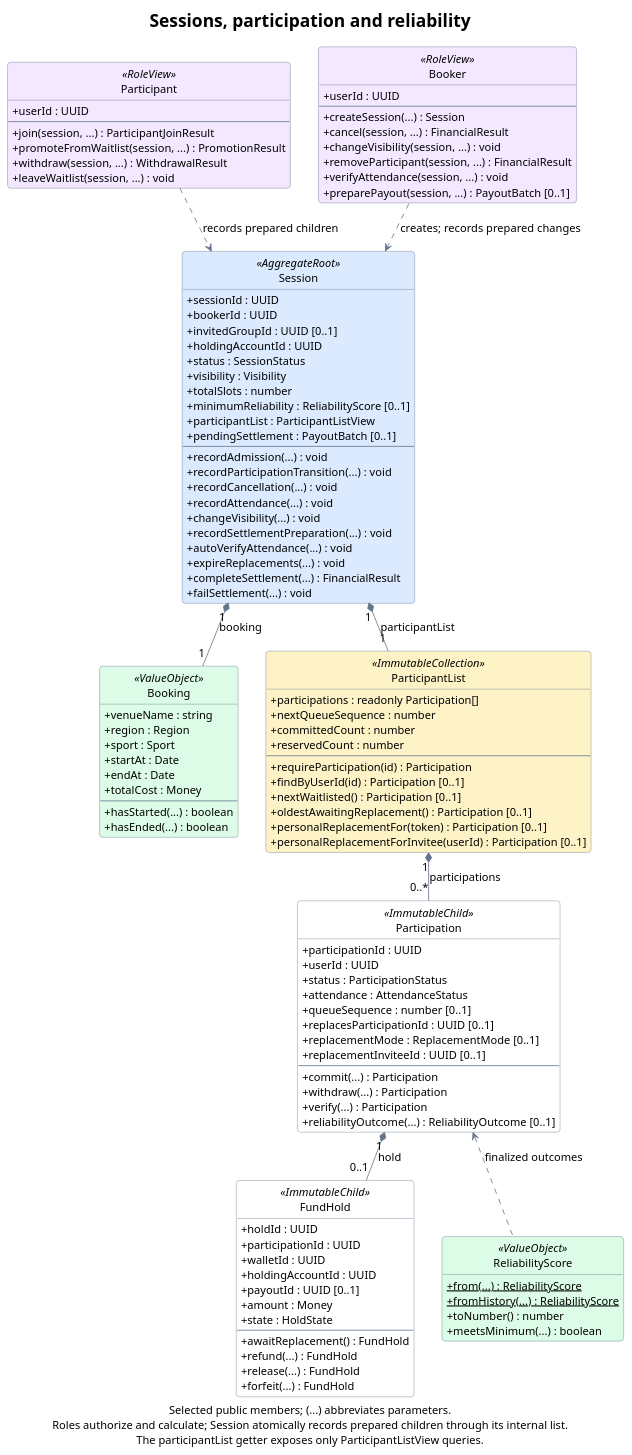
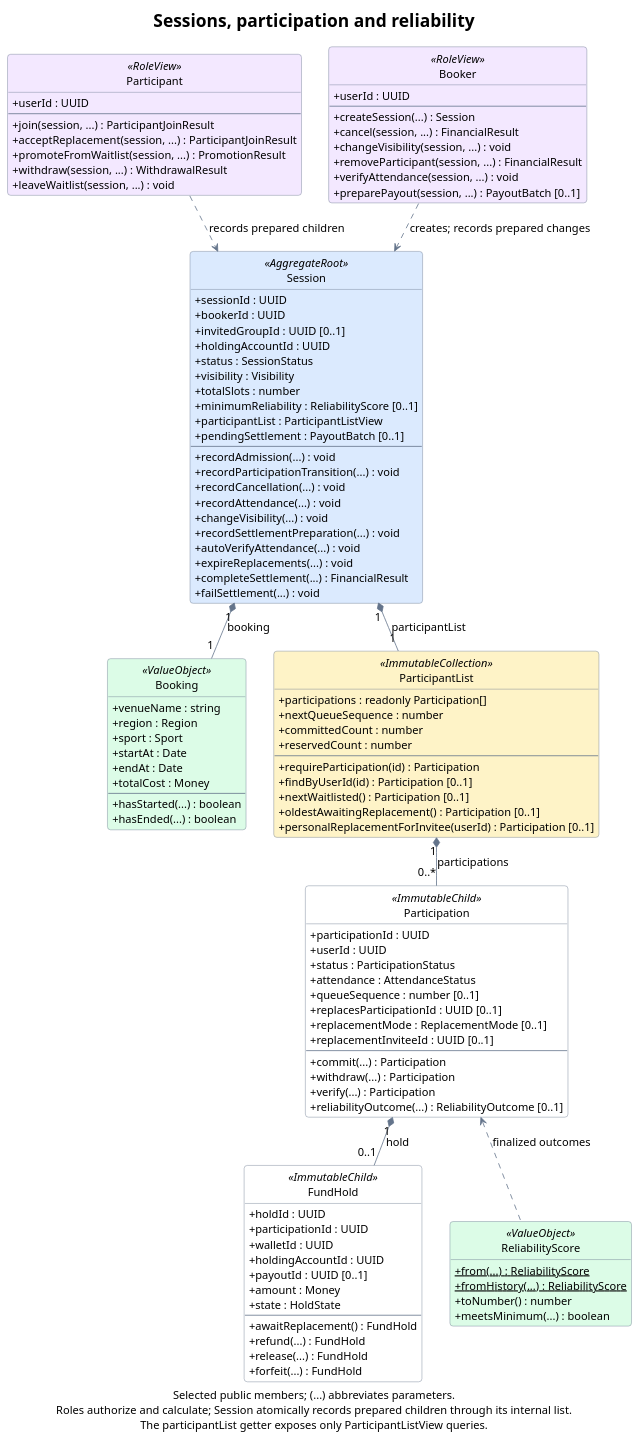
The diagram in docs/diagrams/domain-sessions.puml (rbrishi15/booking-web-manager), drawn with PlantUML before and after one commit. The commit also changed 29 other files, not shown here.

```diff
--- a/docs/diagrams/domain-sessions.puml
+++ b/docs/diagrams/domain-sessions.puml
@@ -1,144 +1,144 @@
 @startuml domain-sessions
 title Sessions, participation and reliability
 
 top to bottom direction
 hide empty members
 hide circle
 skinparam backgroundColor #FFFFFF
 skinparam shadowing false
 skinparam roundcorner 8
 skinparam defaultFontName SansSerif
 skinparam defaultFontSize 14
 skinparam titleFontSize 22
 skinparam ArrowColor #64748B
 skinparam classBorderColor #64748B
 skinparam classBackgroundColor #FFFFFF
 skinparam classBackgroundColor<<AggregateRoot>> #DBEAFE
 skinparam classBackgroundColor<<ValueObject>> #DCFCE7
 skinparam classBackgroundColor<<RoleView>> #F3E8FF
 skinparam classBackgroundColor<<ImmutableCollection>> #FEF3C7
 skinparam classAttributeIconSize 0
 skinparam linetype polyline
 skinparam nodesep 35
 skinparam ranksep 40
 
 class Session <<AggregateRoot>> {
   +sessionId : UUID
   +bookerId : UUID
   +invitedGroupId : UUID [0..1]
   +holdingAccountId : UUID
   +status : SessionStatus
   +visibility : Visibility
   +totalSlots : number
   +minimumReliability : ReliabilityScore [0..1]
   +participantList : ParticipantListView
   +pendingSettlement : PayoutBatch [0..1]
   --
   +recordAdmission(...) : void
   +recordParticipationTransition(...) : void
   +recordCancellation(...) : void
   +recordAttendance(...) : void
   +changeVisibility(...) : void
   +recordSettlementPreparation(...) : void
   +autoVerifyAttendance(...) : void
   +expireReplacements(...) : void
   +completeSettlement(...) : FinancialResult
   +failSettlement(...) : void
 }
 
 class Participant <<RoleView>> {
   +userId : UUID
   --
   +join(session, ...) : ParticipantJoinResult
+  +acceptReplacement(session, ...) : ParticipantJoinResult
   +promoteFromWaitlist(session, ...) : PromotionResult
   +withdraw(session, ...) : WithdrawalResult
   +leaveWaitlist(session, ...) : void
 }
 
 class Booker <<RoleView>> {
   +userId : UUID
   --
   +createSession(...) : Session
   +cancel(session, ...) : FinancialResult
   +changeVisibility(session, ...) : void
   +removeParticipant(session, ...) : FinancialResult
   +verifyAttendance(session, ...) : void
   +preparePayout(session, ...) : PayoutBatch [0..1]
 }
 
 class Booking <<ValueObject>> {
   +venueName : string
   +region : Region
   +sport : Sport
   +startAt : Date
   +endAt : Date
   +totalCost : Money
   --
   +hasStarted(...) : boolean
   +hasEnded(...) : boolean
 }
 
 class ParticipantList <<ImmutableCollection>> {
   +participations : readonly Participation[]
   +nextQueueSequence : number
   +committedCount : number
   +reservedCount : number
   --
   +requireParticipation(id) : Participation
   +findByUserId(id) : Participation [0..1]
   +nextWaitlisted() : Participation [0..1]
   +oldestAwaitingReplacement() : Participation [0..1]
-  +personalReplacementFor(token) : Participation [0..1]
   +personalReplacementForInvitee(userId) : Participation [0..1]
 }
 
 class Participation <<ImmutableChild>> {
   +participationId : UUID
   +userId : UUID
   +status : ParticipationStatus
   +attendance : AttendanceStatus
   +queueSequence : number [0..1]
   +replacesParticipationId : UUID [0..1]
   +replacementMode : ReplacementMode [0..1]
   +replacementInviteeId : UUID [0..1]
   --
   +commit(...) : Participation
   +withdraw(...) : Participation
   +verify(...) : Participation
   +reliabilityOutcome(...) : ReliabilityOutcome [0..1]
 }
 
 class FundHold <<ImmutableChild>> {
   +holdId : UUID
   +participationId : UUID
   +walletId : UUID
   +holdingAccountId : UUID
   +payoutId : UUID [0..1]
   +amount : Money
   +state : HoldState
   --
   +awaitReplacement() : FundHold
   +refund(...) : FundHold
   +release(...) : FundHold
   +forfeit(...) : FundHold
 }
 
 class ReliabilityScore <<ValueObject>> {
   {static} +from(...) : ReliabilityScore
   {static} +fromHistory(...) : ReliabilityScore
   +toNumber() : number
   +meetsMinimum(...) : boolean
 }
 
 Session "1" *-down- "1" Booking : booking
 Participant .down.> Session : records prepared children
 Booker .down.> Session : creates; records prepared changes
 Session "1" *-down- "1" ParticipantList : participantList
 ParticipantList "1" *-down- "0..*" Participation : participations
 Participation "1" *-down- "0..1" FundHold : hold
 ReliabilityScore .up.> Participation : finalized outcomes
 Booking -[hidden]right- ParticipantList
 FundHold -[hidden]right- ReliabilityScore
 
 caption Selected public members; (...) abbreviates parameters.\nRoles authorize and calculate; Session atomically records prepared children through its internal list.\nThe participantList getter exposes only ParticipantListView queries.
 @enduml
```
